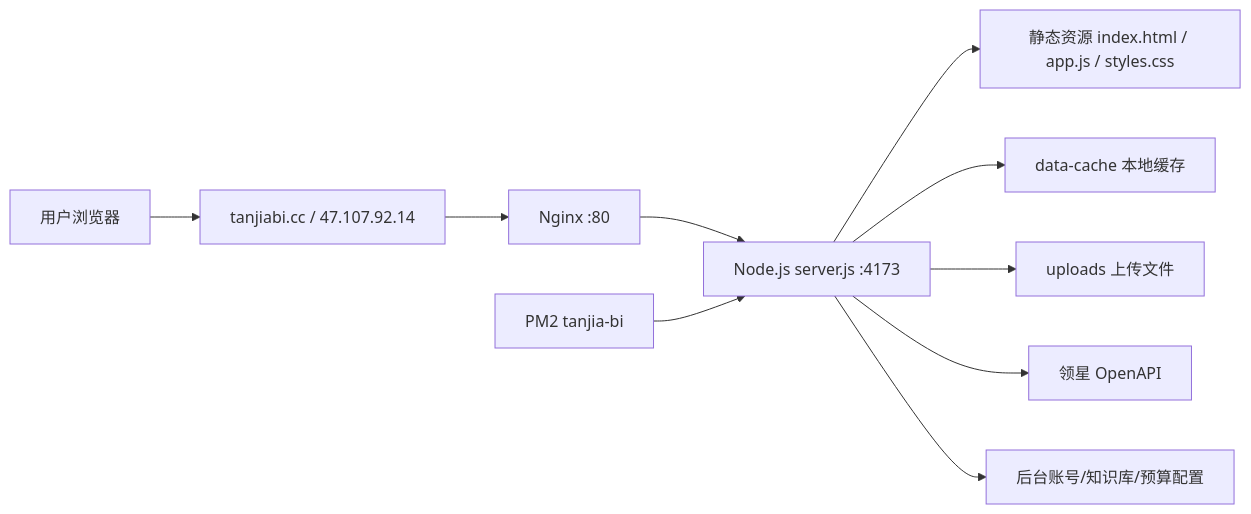
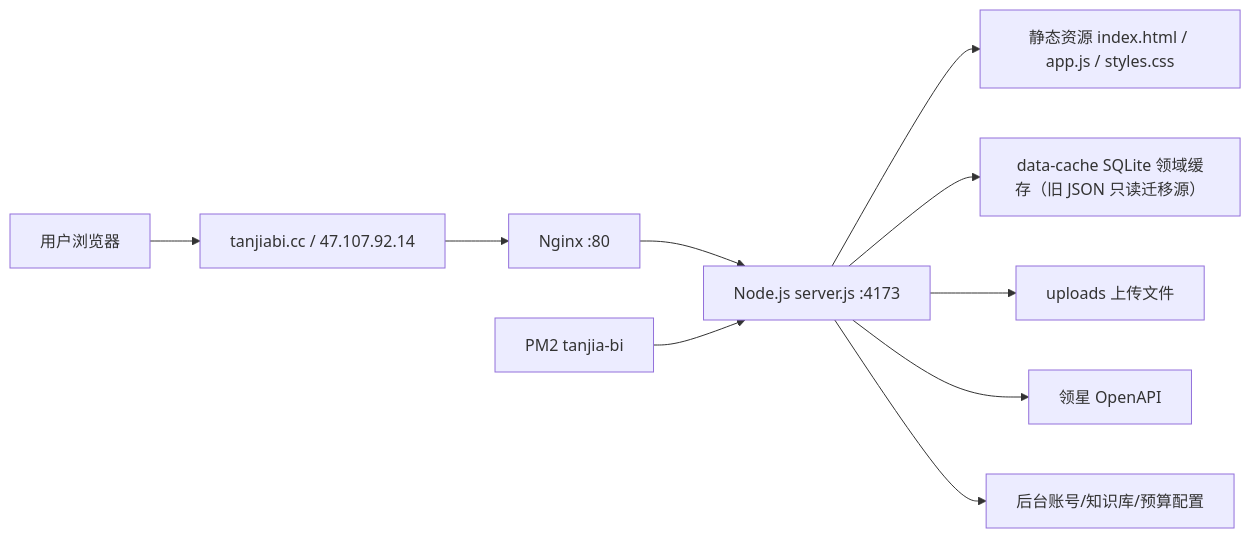
The diagram in design.md (alexzyuan/tanjiabi-internal), drawn with Mermaid before and after one commit. The commit also changed other lines of this file, not shown here.

Commit message:
docs: align product catalog design with sqlite stage

````diff
--- a/design.md
+++ b/design.md
@@ -559,12 +559,12 @@
 ```mermaid
 flowchart LR
   User["用户浏览器"] --> Domain["tanjiabi.cc / 47.107.92.14"]
   Domain --> Nginx["Nginx :80"]
   Nginx --> Node["Node.js server.js :4173"]
   Node --> Static["静态资源 index.html / app.js / styles.css"]
-  Node --> Cache["data-cache 本地缓存"]
+  Node --> Cache["data-cache SQLite 领域缓存（旧 JSON 只读迁移源）"]
   Node --> Uploads["uploads 上传文件"]
   Node --> Lingxing["领星 OpenAPI"]
   Node --> AdminData["后台账号/知识库/预算配置"]
   PM2["PM2 tanjia-bi"] --> Node
 ```
````
